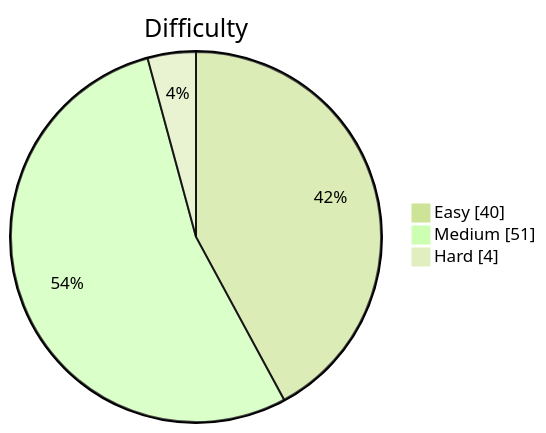
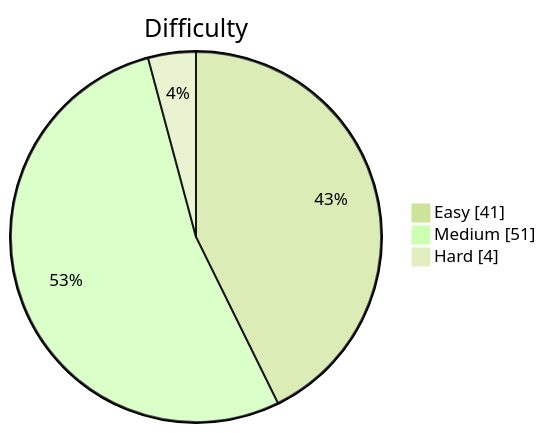
One commit to kevstevie/python-algo-practice changed the diagram in README.md. Above: the diagram before and after it, drawn with Mermaid (forest theme). The commit also changed other lines of this file, not shown here.

````diff
--- a/README.md
+++ b/README.md
@@ -13,7 +13,7 @@
 ```mermaid
 pie showData
     title Difficulty
-    "Easy"   : 40
+    "Easy"   : 41
     "Medium" : 51
     "Hard"   : 4
 ```
````
